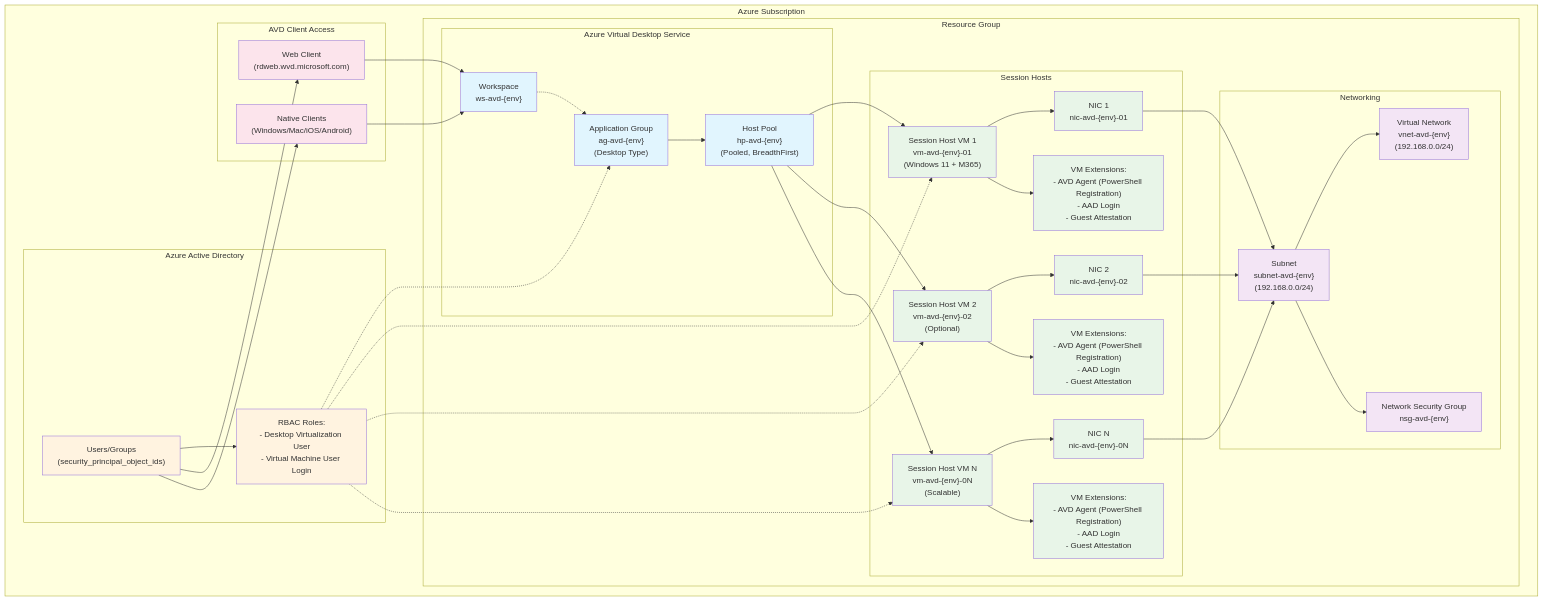
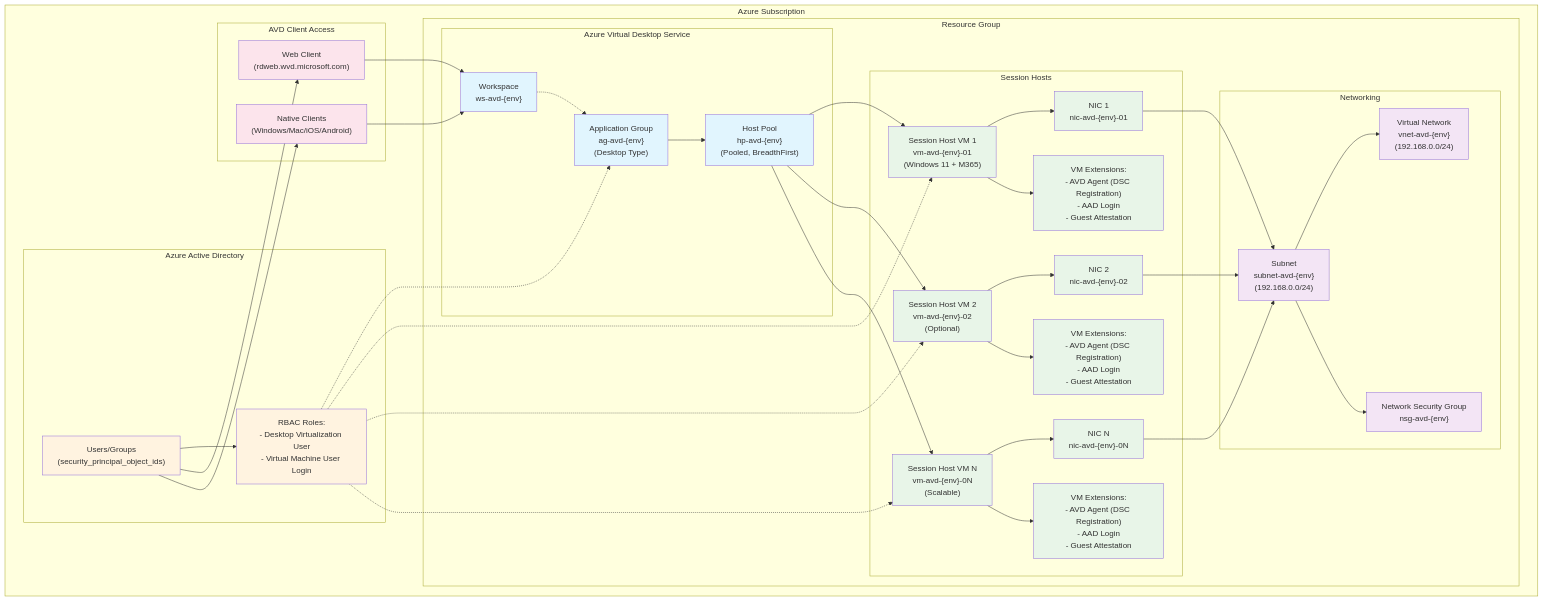
Before and after one commit to askaresh/avd_terraform: the diagram in README.md, drawn with Mermaid. The commit also changed other lines of this file, not shown here.

```diff
--- a/README.md
+++ b/README.md
@@ -36,9 +36,9 @@
                 NIC2["NIC 2<br/>nic-avd-{env}-02"]
                 NIC3["NIC N<br/>nic-avd-{env}-0N"]
                 
-                EXT1["VM Extensions:<br/>- AVD Agent (PowerShell Registration)<br/>- AAD Login<br/>- Guest Attestation"]
-                EXT2["VM Extensions:<br/>- AVD Agent (PowerShell Registration)<br/>- AAD Login<br/>- Guest Attestation"]
-                EXT3["VM Extensions:<br/>- AVD Agent (PowerShell Registration)<br/>- AAD Login<br/>- Guest Attestation"]
+                EXT1["VM Extensions:<br/>- AVD Agent (DSC Registration)<br/>- AAD Login<br/>- Guest Attestation"]
+                EXT2["VM Extensions:<br/>- AVD Agent (DSC Registration)<br/>- AAD Login<br/>- Guest Attestation"]
+                EXT3["VM Extensions:<br/>- AVD Agent (DSC Registration)<br/>- AAD Login<br/>- Guest Attestation"]
             end
         end
         
```
